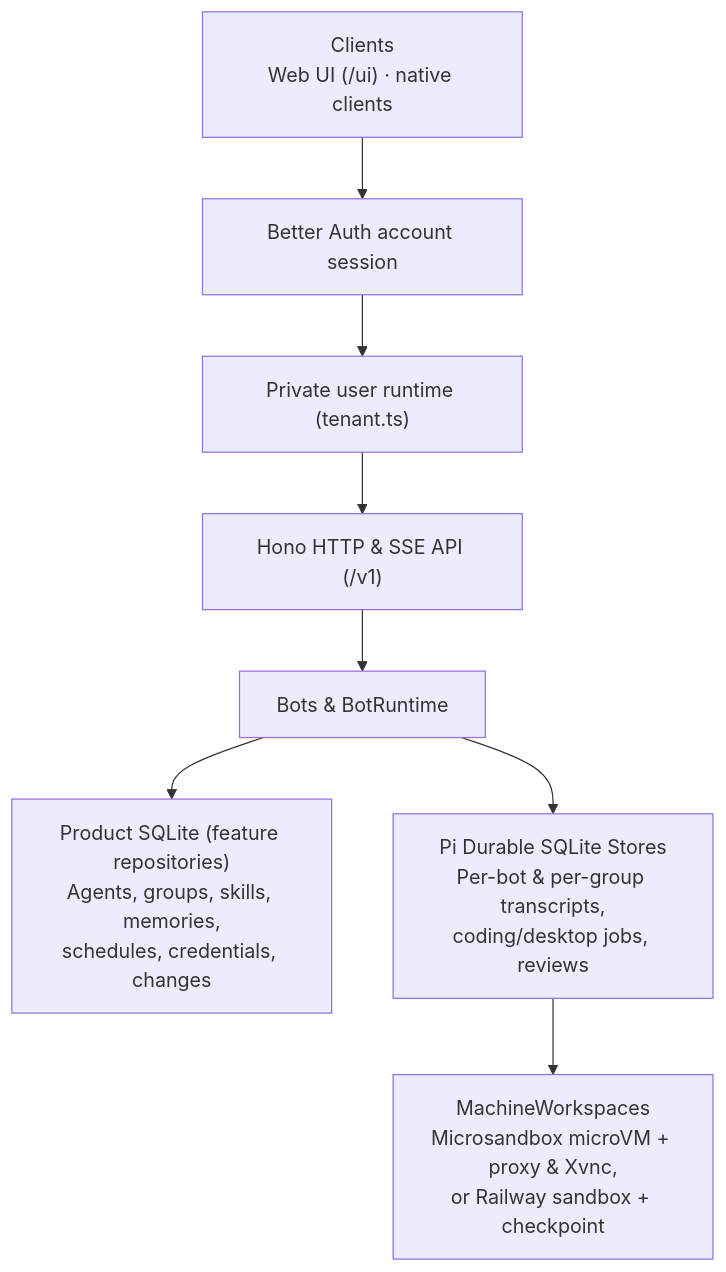
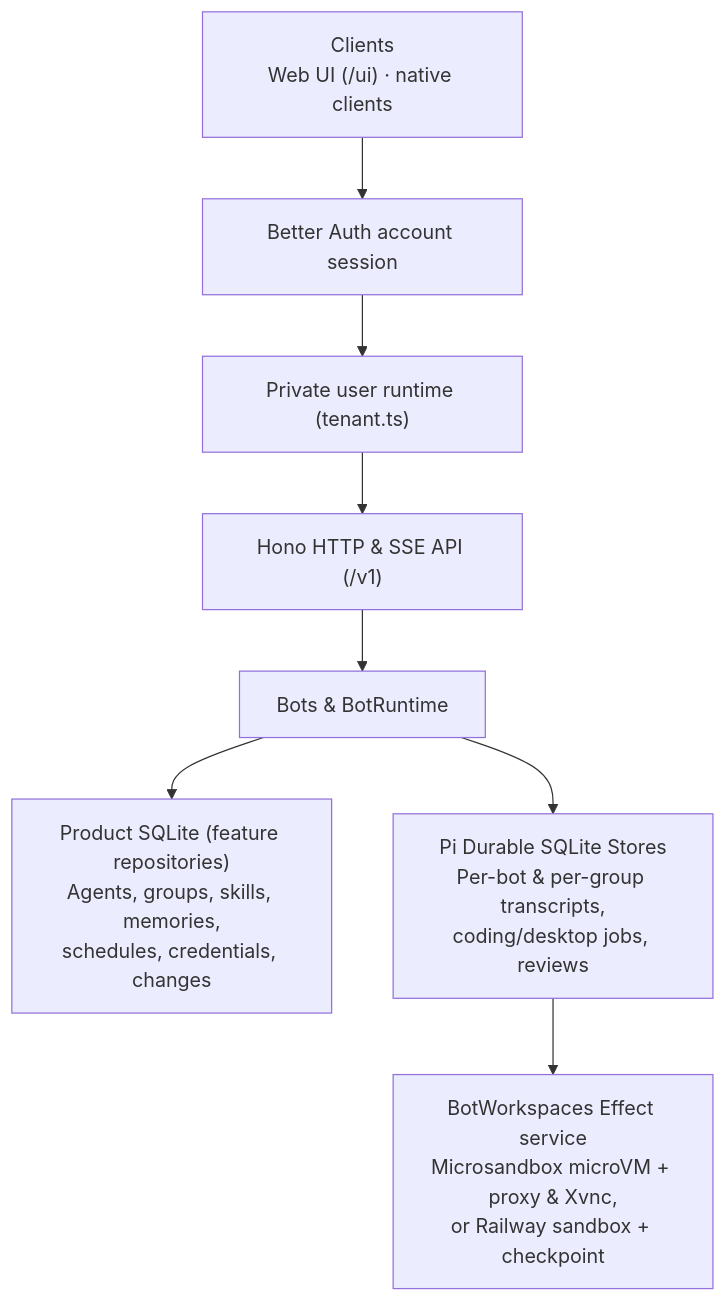
Before and after one commit to crumble-project/bot: the diagram in docs/architecture.md, drawn with Mermaid. The commit also changed other lines of this file and 20 other files, not shown here.

Commit message:
refactor(workspaces): use Effect services and tagged failures

````diff
--- a/docs/architecture.md
+++ b/docs/architecture.md
@@ -5,10 +5,10 @@
 ```mermaid
 flowchart TD
   Clients["Clients\nWeb UI (/ui) · native clients"] --> Auth["Better Auth account session"]
   Auth --> Tenant["Private user runtime (tenant.ts)"]
   Tenant --> API["Hono HTTP & SSE API (/v1)"]
   API --> Service["Bots & BotRuntime"]
   Service --> Store["Product SQLite (feature repositories)\nAgents, groups, skills, memories,\nschedules, credentials, changes"]
   Service --> Pi["Pi Durable SQLite Stores\nPer-bot & per-group transcripts,\ncoding/desktop jobs, reviews"]
-  Pi --> Workspaces["MachineWorkspaces\nMicrosandbox microVM + proxy & Xvnc,\nor Railway sandbox + checkpoint"]
+  Pi --> Workspaces["BotWorkspaces Effect service\nMicrosandbox microVM + proxy & Xvnc,\nor Railway sandbox + checkpoint"]
 ```
````
